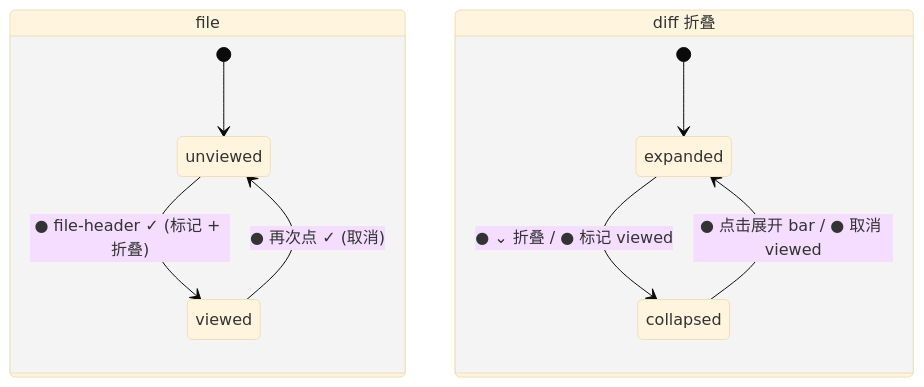
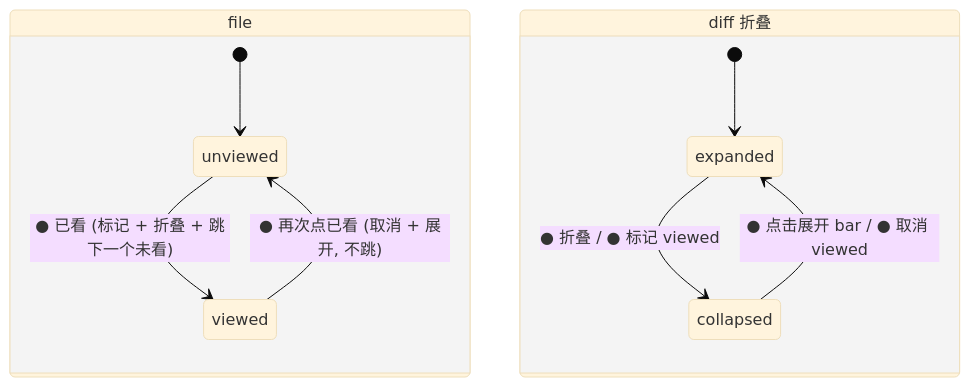
Before and after one commit to xieziyu/duetlens: diagram 13 of 16 in docs/design/ui-states.md, drawn with Mermaid (base theme). The commit also changed other lines of this file and 2 other files, not shown here.

Commit message:
docs(design): record the viewed-then-advance file header actions

````diff
--- a/docs/design/ui-states.md
+++ b/docs/design/ui-states.md
@@ -238,13 +238,13 @@
 ```mermaid
 stateDiagram-v2
     state "file" as file {
         [*] --> unviewed
-        unviewed --> viewed : ● file-header ✓ (标记 + 折叠)
-        viewed --> unviewed : ● 再次点 ✓ (取消)
+        unviewed --> viewed : ● 已看 (标记 + 折叠 + 跳下一个未看)
+        viewed --> unviewed : ● 再次点已看 (取消 + 展开, 不跳)
     }
     state "diff 折叠" as fold {
         [*] --> expanded
-        expanded --> collapsed : ● ⌄ 折叠 / ● 标记 viewed
+        expanded --> collapsed : ● 折叠 / ● 标记 viewed
         collapsed --> expanded : ● 点击展开 bar / ● 取消 viewed
     }
 ```
````
